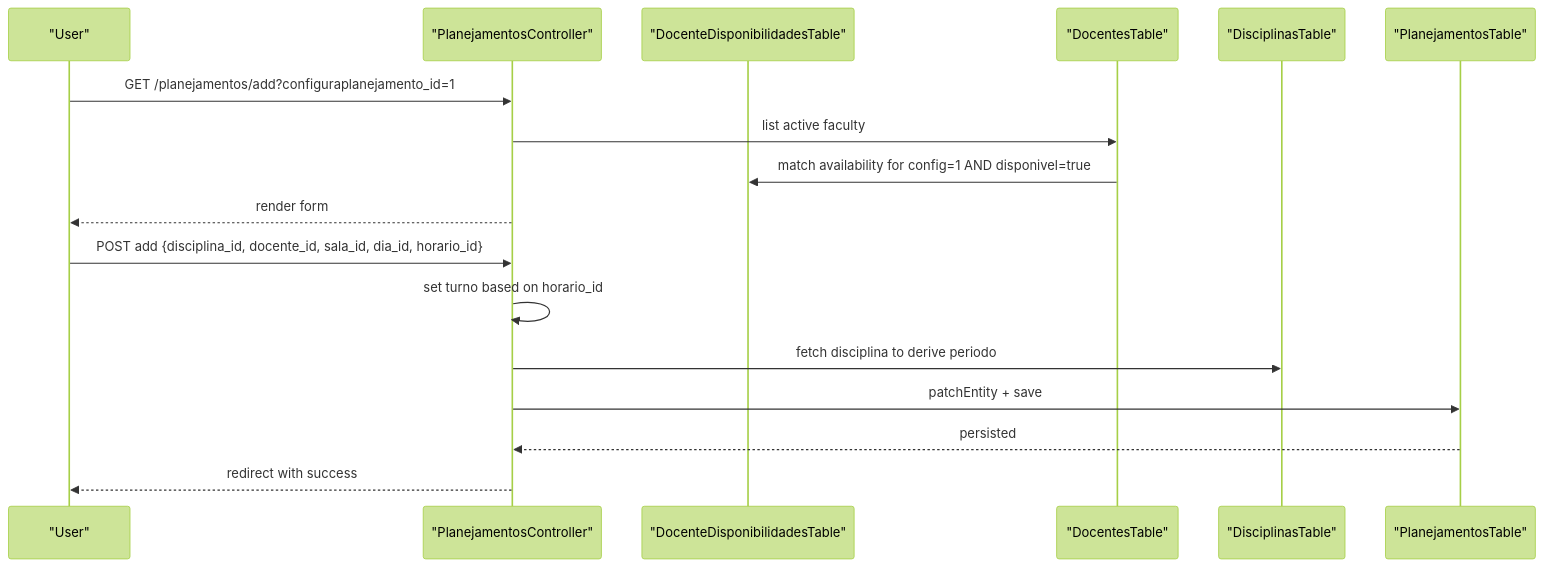
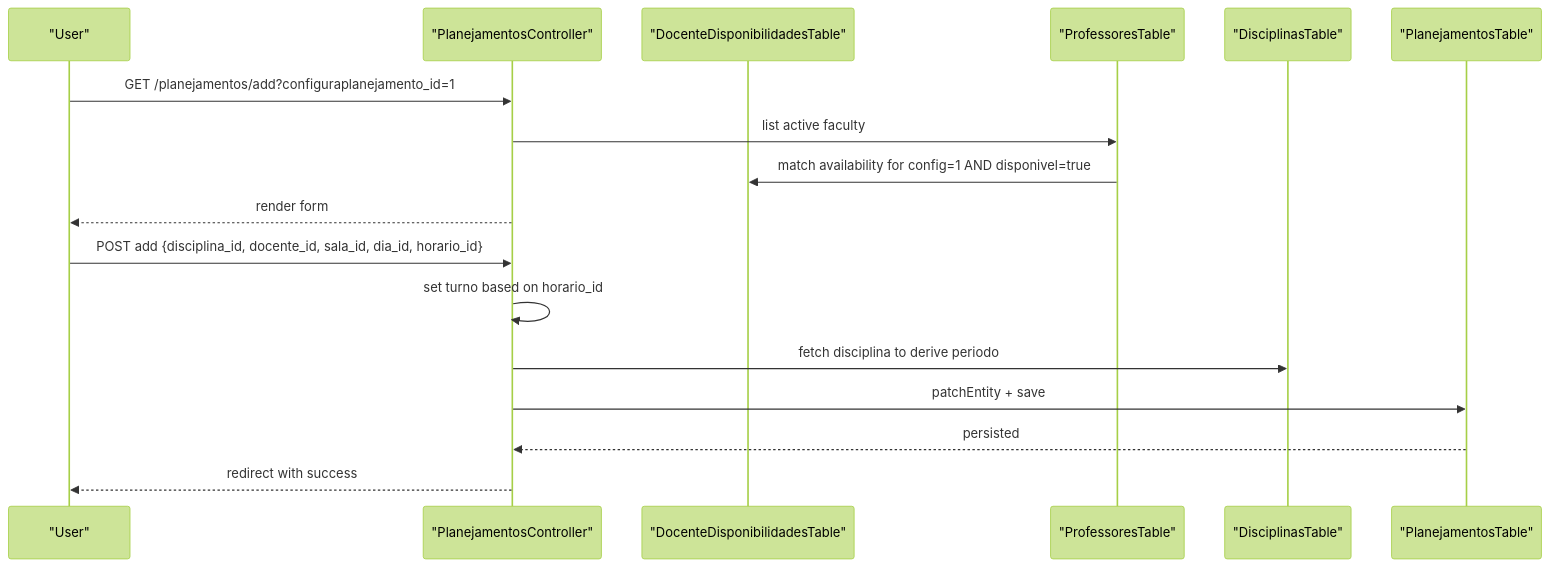
The fifth of 7 diagrams in .qoder/repowiki/en/content/Core Features/Core Features.md (luiseduacosta/planejamento5), drawn with Mermaid (forest theme) before and after one commit. The commit also changed other lines of this file and 37 other files, not shown here.

Commit message:
repowiki: rename Docentes → Professores in metadata

````diff
--- a/.qoder/repowiki/en/content/Core Features/Core Features.md
+++ b/.qoder/repowiki/en/content/Core Features/Core Features.md
@@ -286,19 +286,19 @@
 ```mermaid
 sequenceDiagram
 participant User as "User"
 participant Ctrl as "PlanejamentosController"
 participant Avail as "DocenteDisponibilidadesTable"
-participant Fac as "DocentesTable"
+participant Fac as "ProfessoresTable"
 participant Disc as "DisciplinasTable"
 participant Sched as "PlanejamentosTable"
 User->>Ctrl : GET /planejamentos/add?configuraplanejamento_id=1
 Ctrl->>Fac : list active faculty
 Fac->>Avail : match availability for config=1 AND disponivel=true
 Ctrl-->>User : render form
 User->>Ctrl : POST add {disciplina_id, docente_id, sala_id, dia_id, horario_id}
 Ctrl->>Ctrl : set turno based on horario_id
 Ctrl->>Disc : fetch disciplina to derive periodo
 Ctrl->>Sched : patchEntity + save
 Sched-->>Ctrl : persisted
 Ctrl-->>User : redirect with success
 ```
````
